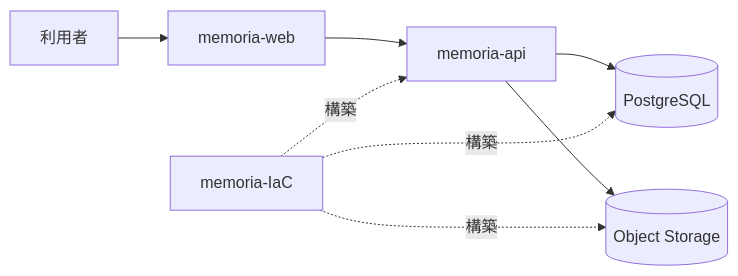
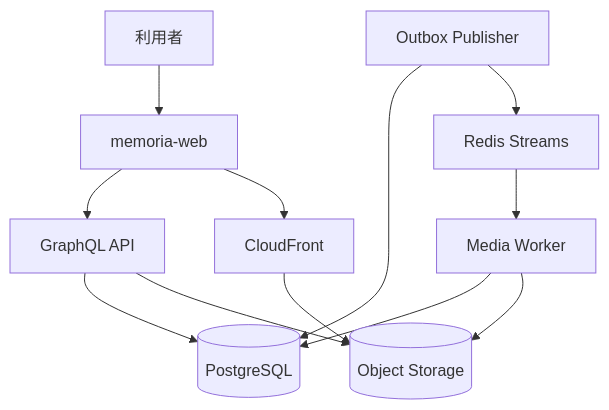
Before and after one commit to hazuki3417/memoria-design: the diagram in content/system/index.mdx, drawn with Mermaid. The commit also changed other lines of this file and 29 other files, not shown here.

````diff
--- a/content/system/index.mdx
+++ b/content/system/index.mdx
@@ -16,10 +16,14 @@
 ```mermaid
-flowchart LR
-  U[利用者] --> W[memoria-web]
-  W --> A[memoria-api]
-  A --> P[(PostgreSQL)]
-  A --> S[(Object Storage)]
-  I[memoria-IaC] -. 構築 .-> A
-  I -. 構築 .-> P
-  I -. 構築 .-> S
+flowchart TD
+  User[利用者] --> Web[memoria-web]
+  Web --> API[GraphQL API]
+  API --> Database[(PostgreSQL)]
+  Publisher[Outbox Publisher] --> Database
+  Publisher --> Stream[Redis Streams]
+  Stream --> Worker[Media Worker]
+  Worker --> Database
+  Worker --> Storage[(Object Storage)]
+  API --> Storage
+  Web --> Delivery[CloudFront]
+  Delivery --> Storage
 ```
````
